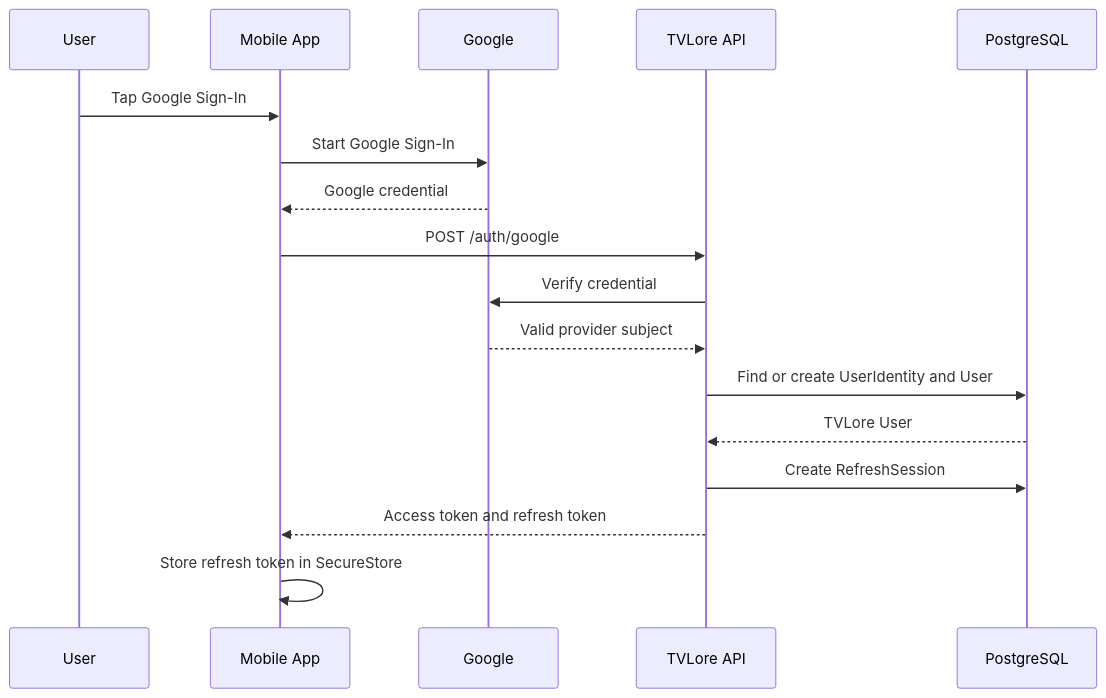
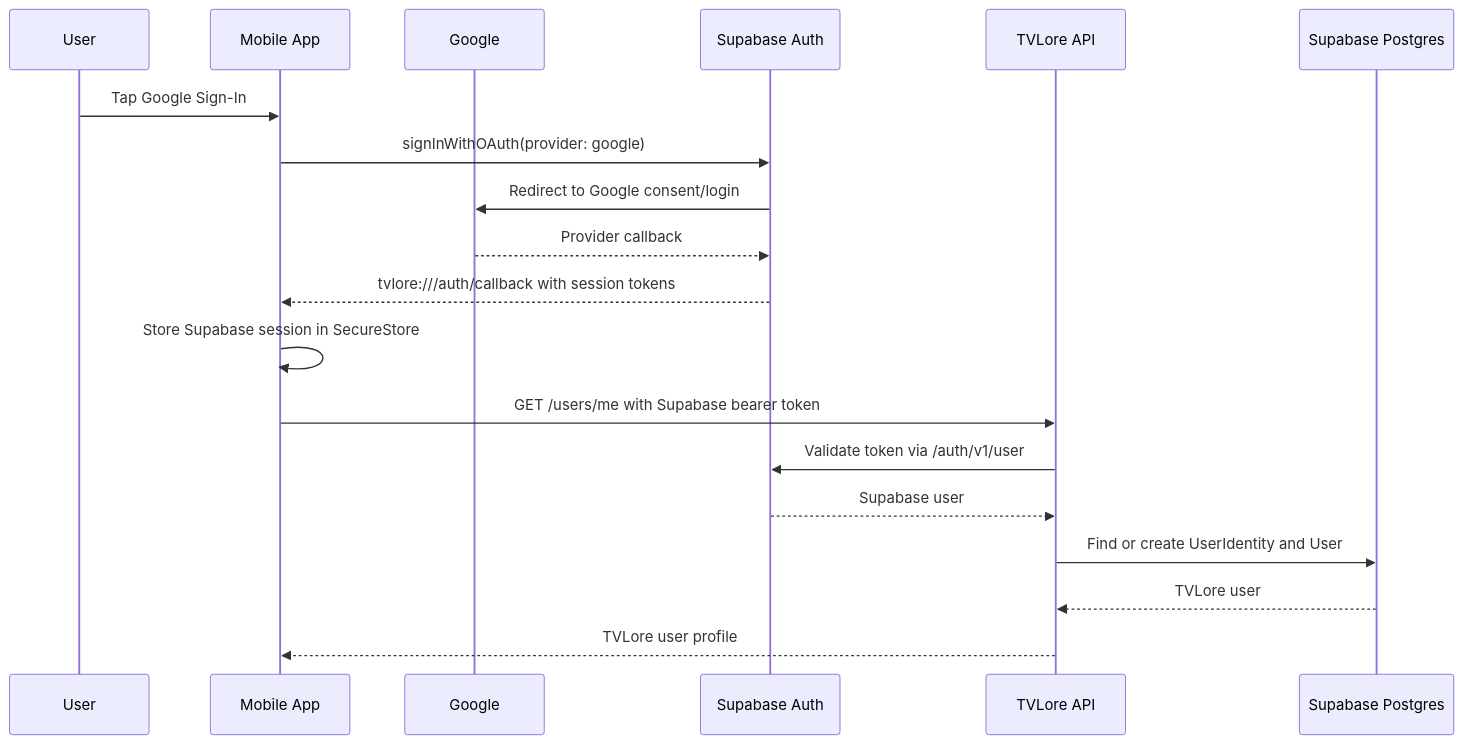
Before and after one commit to luiskabal/tvlore: the third of 13 diagrams in docs/diagrams.md, drawn with Mermaid. The commit also changed other lines of this file, not shown here.

Commit message:
docs: update architecture diagrams

````diff
--- a/docs/diagrams.md
+++ b/docs/diagrams.md
@@ -62,20 +69,22 @@
 ```mermaid
 sequenceDiagram
   participant U as User
   participant M as Mobile App
   participant G as Google
+  participant S as Supabase Auth
   participant A as TVLore API
-  participant D as PostgreSQL
+  participant D as Supabase Postgres
 
   U->>M: Tap Google Sign-In
-  M->>G: Start Google Sign-In
-  G-->>M: Google credential
-  M->>A: POST /auth/google
-  A->>G: Verify credential
-  G-->>A: Valid provider subject
+  M->>S: signInWithOAuth(provider: google)
+  S->>G: Redirect to Google consent/login
+  G-->>S: Provider callback
+  S-->>M: tvlore:///auth/callback with session tokens
+  M->>M: Store Supabase session in SecureStore
+  M->>A: GET /users/me with Supabase bearer token
+  A->>S: Validate token via /auth/v1/user
+  S-->>A: Supabase user
   A->>D: Find or create UserIdentity and User
-  D-->>A: TVLore User
-  A->>D: Create RefreshSession
-  A-->>M: Access token and refresh token
-  M->>M: Store refresh token in SecureStore
+  D-->>A: TVLore user
+  A-->>M: TVLore user profile
 ```
````
